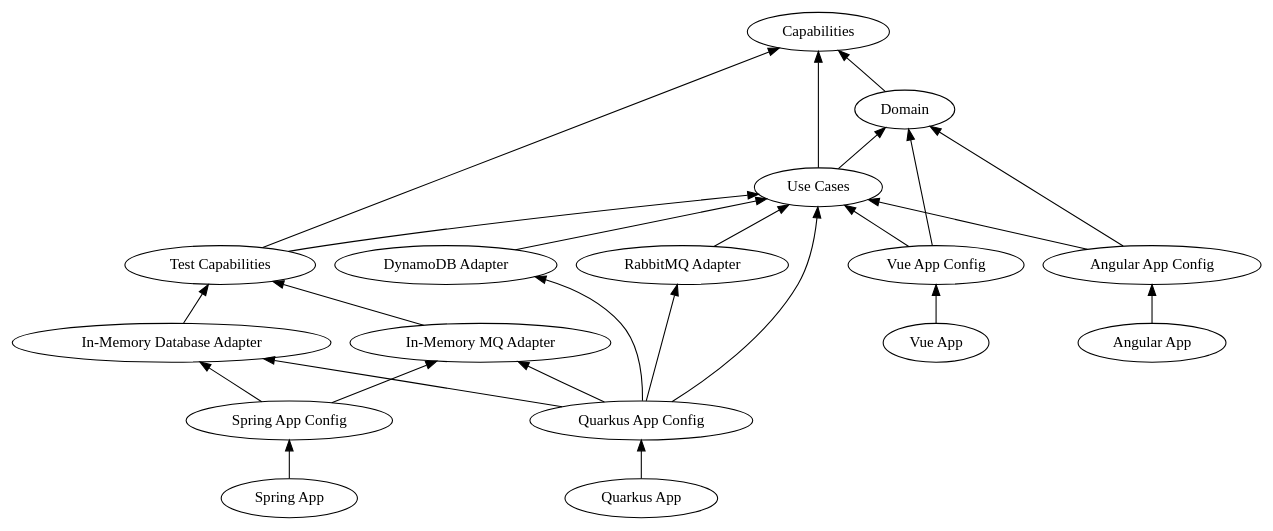
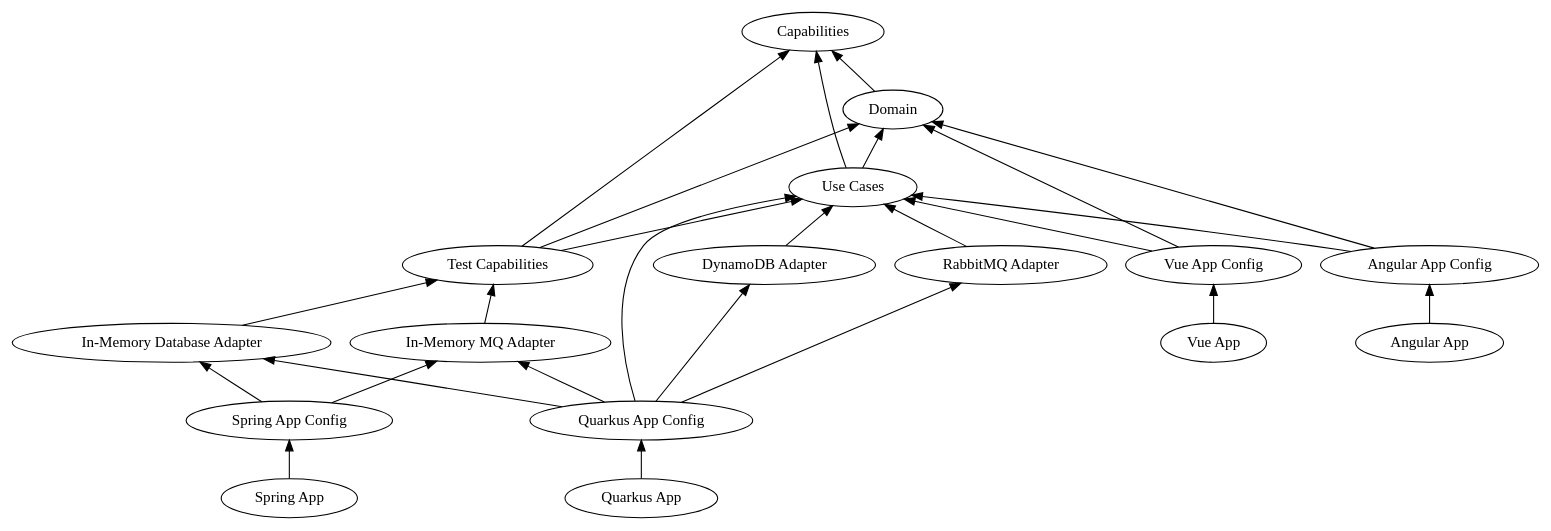
Before and after one commit to RFS-0/ch.resrc.tichu: the diagram in documentation/architecture.adoc, drawn with Graphviz. The commit also changed 552 other files, not shown here.

```diff
--- a/documentation/architecture.adoc
+++ b/documentation/architecture.adoc
@@ -3,48 +3,49 @@
 [graphviz,modules,svg]
 ....
 digraph modules {
     rankdir = BT;
 
     Capabilities
     Domain
     "Test Capabilities"
     "Use Cases"
     "In-Memory Database Adapter"
     "DynamoDB Adapter"
     "In-Memory MQ Adapter"
     "RabbitMQ Adapter"
     "Quarkus App Config"
     "Spring App Config"
     "Vue App Config"
     "Angular App Config"
     "Quarkus App"
     "Spring App"
     "Vue App"
     "Angular App"
 
     Domain -> Capabilities
     "Test Capabilities" -> Capabilities
     "Use Cases" -> Capabilities
     "Use Cases" -> Domain
+    "Test Capabilities" -> Domain
     "Vue App Config" -> Domain
     "Angular App Config" -> Domain
     "Test Capabilities" -> "Use Cases"
     "DynamoDB Adapter" -> "Use Cases"
     "RabbitMQ Adapter" -> "Use Cases"
     "Quarkus App Config" -> "Use Cases"
     "Vue App Config" -> "Use Cases"
     "Angular App Config" -> "Use Cases"
     "In-Memory Database Adapter" -> "Test Capabilities"
     "In-Memory MQ Adapter" -> "Test Capabilities"
     "Quarkus App Config" -> "In-Memory Database Adapter"
     "Quarkus App Config" -> "DynamoDB Adapter"
     "Quarkus App Config" -> "In-Memory MQ Adapter"
     "Quarkus App Config" -> "RabbitMQ Adapter"
     "Spring App Config" -> "In-Memory Database Adapter"
     "Spring App Config" -> "In-Memory MQ Adapter"
     "Quarkus App" -> "Quarkus App Config"
     "Spring App" -> "Spring App Config"
     "Vue App" -> "Vue App Config"
     "Angular App" -> "Angular App Config"
 }
 ....
```
